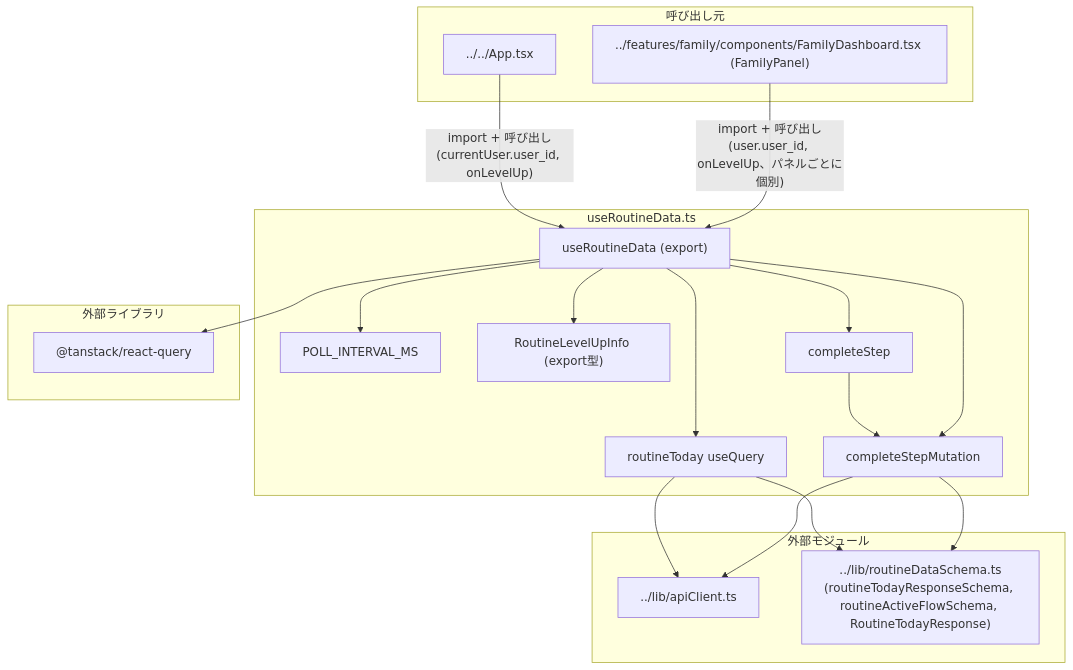
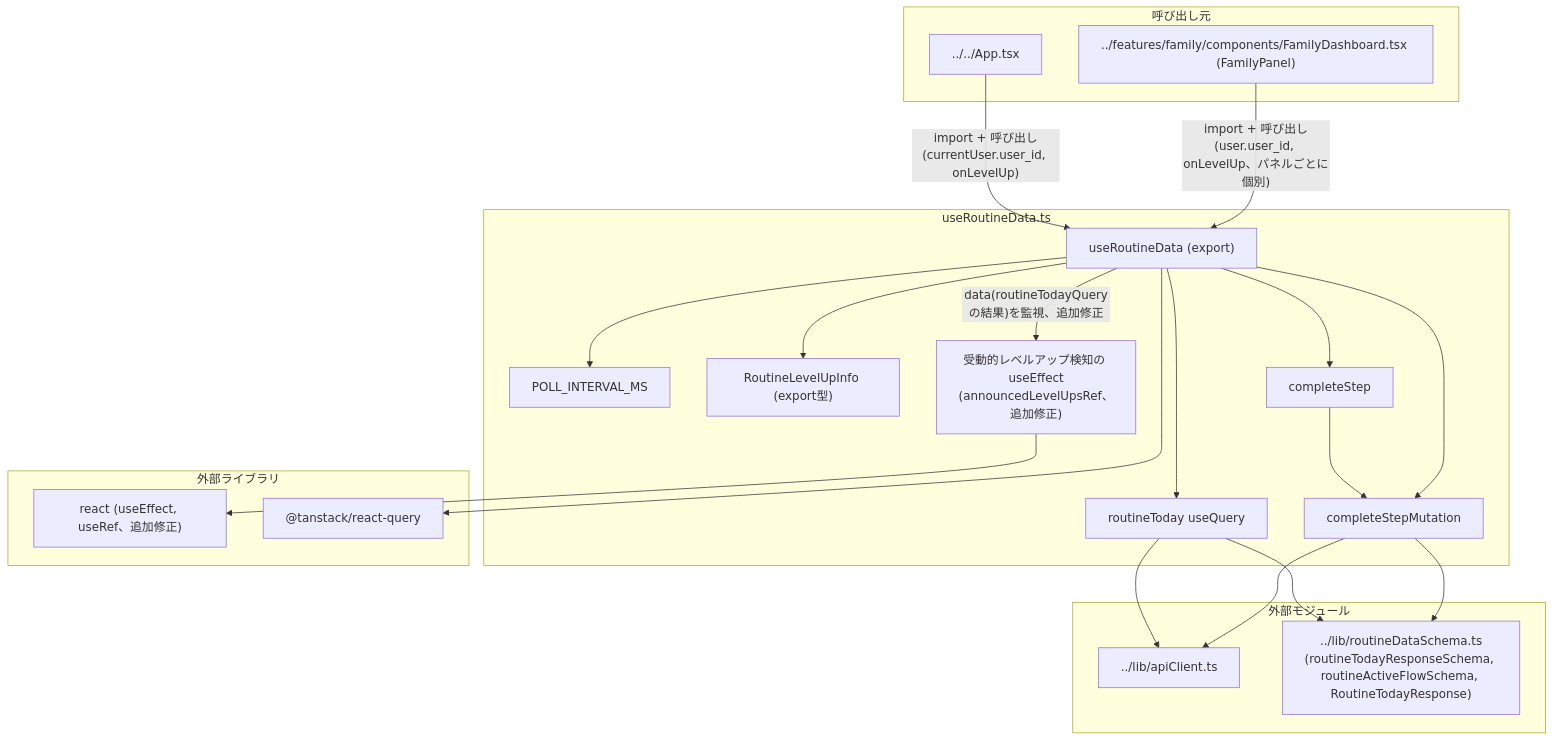
Before and after one commit to mmtigers/my_python_project: the second of 2 diagrams in docs/specifications/family-quest/src/hooks/useRoutineData.md, drawn with Mermaid. The commit also changed other lines of this file and 2 other files, not shown here.

````diff
--- a/docs/specifications/family-quest/src/hooks/useRoutineData.md
+++ b/docs/specifications/family-quest/src/hooks/useRoutineData.md
@@ -158,40 +181,44 @@
 ```mermaid
 graph TD
     subgraph "useRoutineData.ts"
         POLL_INTERVAL_MS
         RoutineLevelUpInfo["RoutineLevelUpInfo (export型)"]
         useRoutineData["useRoutineData (export)"]
         routineTodayQuery["routineToday useQuery"]
+        LevelUpEffect["受動的レベルアップ検知の useEffect\n(announcedLevelUpsRef、追加修正)"]
         completeStepMutation
         completeStep
     end
 
     subgraph "外部ライブラリ"
+        React["react (useEffect, useRef、追加修正)"]
         ReactQuery["@tanstack/react-query"]
     end
 
     subgraph "外部モジュール"
         apiClient["../lib/apiClient.ts"]
         routineDataSchema["../lib/routineDataSchema.ts\n(routineTodayResponseSchema, routineActiveFlowSchema, RoutineTodayResponse)"]
     end
 
     subgraph "呼び出し元"
         App["../../App.tsx"]
         FamilyDashboard["../features/family/components/FamilyDashboard.tsx (FamilyPanel)"]
     end
 
     useRoutineData --> ReactQuery
+    LevelUpEffect --> React
     routineTodayQuery --> apiClient
     routineTodayQuery --> routineDataSchema
     completeStepMutation --> apiClient
     completeStepMutation --> routineDataSchema
     completeStep --> completeStepMutation
     useRoutineData --> routineTodayQuery
+    useRoutineData -->|"data(routineTodayQueryの結果)を監視、追加修正"| LevelUpEffect
     useRoutineData --> completeStepMutation
     useRoutineData --> completeStep
     useRoutineData --> POLL_INTERVAL_MS
     useRoutineData --> RoutineLevelUpInfo
 
     App -->|"import + 呼び出し(currentUser.user_id, onLevelUp)"| useRoutineData
     FamilyDashboard -->|"import + 呼び出し(user.user_id, onLevelUp、パネルごとに個別)"| useRoutineData
 ```
````
